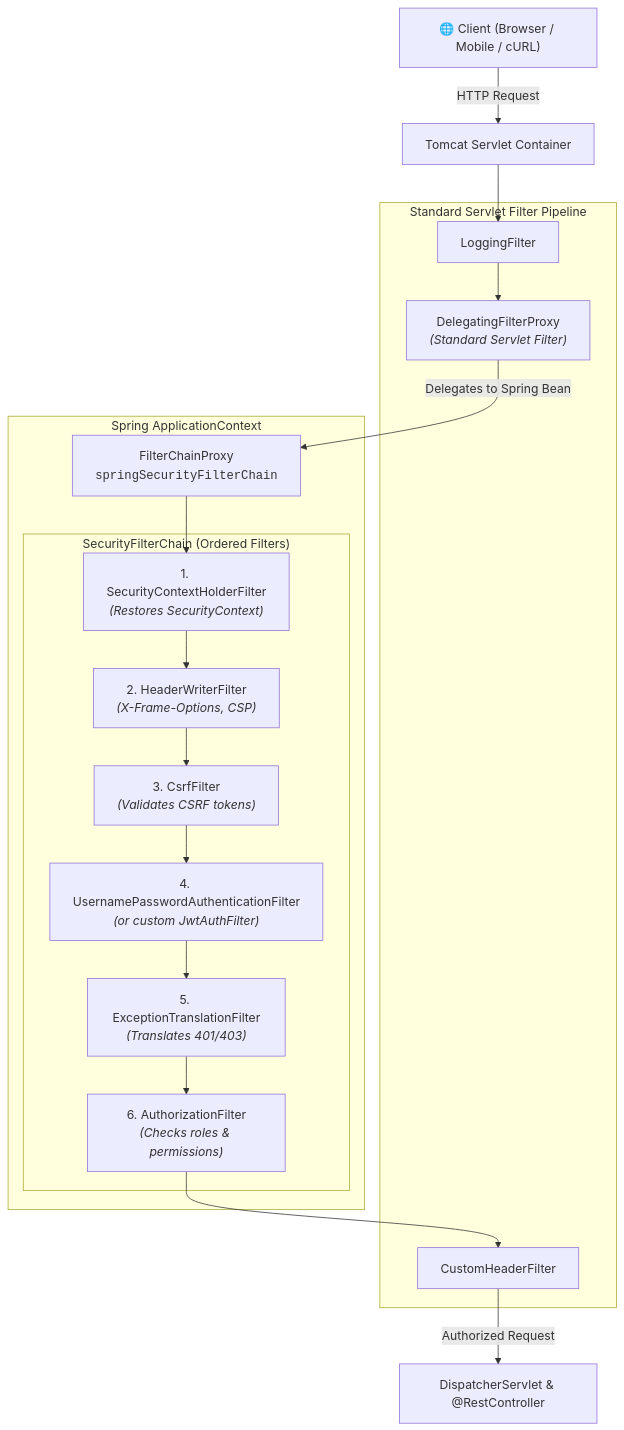
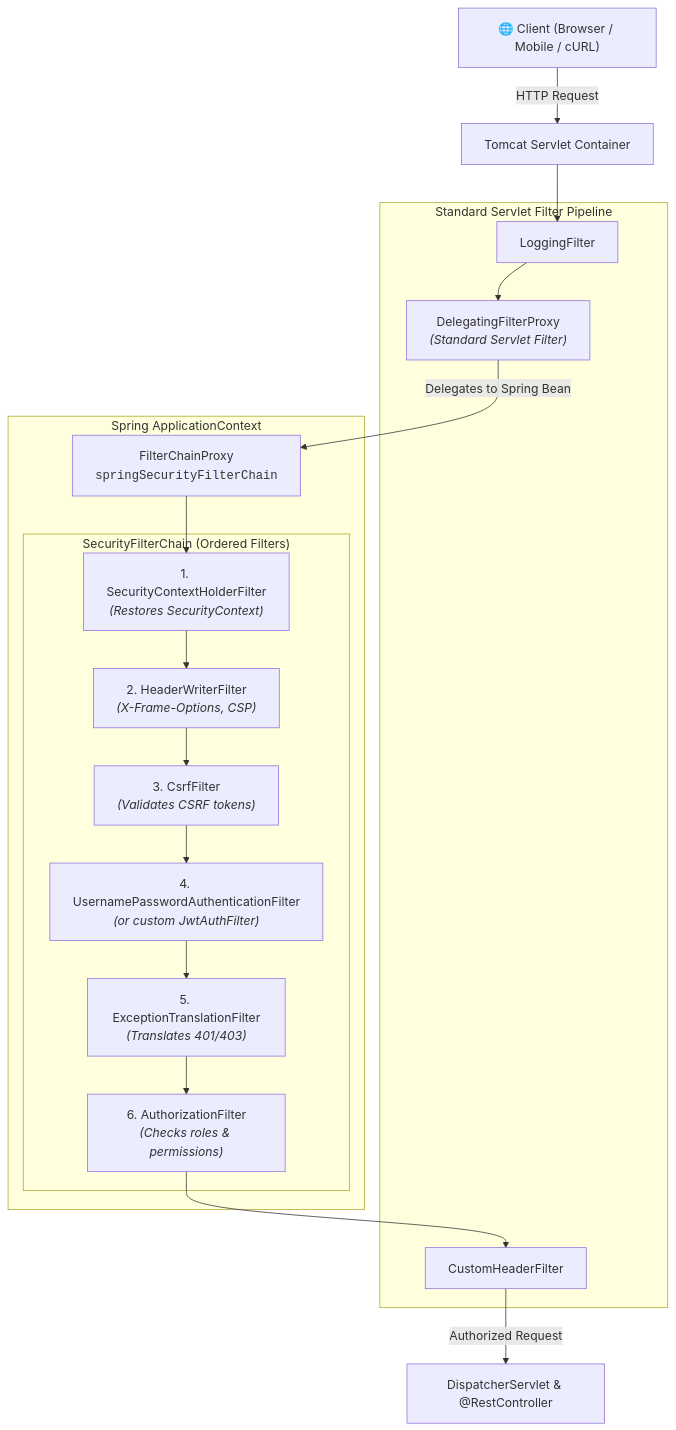
The first of 4 diagrams in docs/lessons/0023-spring-security-6-architecture-filter-chains.md (Rohit1024/spring-boot-mastery), drawn with Mermaid before and after one commit. The commit also changed other lines of this file and 42 other files, not shown here.

````diff
--- a/docs/lessons/0023-spring-security-6-architecture-filter-chains.md
+++ b/docs/lessons/0023-spring-security-6-architecture-filter-chains.md
@@ -17,31 +17,33 @@
 ``` mermaid
 flowchart TD
     Client["🌐 Client (Browser / Mobile / cURL)"] -->|HTTP Request| Tomcat["Tomcat Servlet Container"]
 
     subgraph StandardServletFilters["Standard Servlet Filter Pipeline"]
         F1["LoggingFilter"]
         Proxy["DelegatingFilterProxy<br/><i>(Standard Servlet Filter)</i>"]
         F2["CustomHeaderFilter"]
     end
 
     subgraph SpringContext["Spring ApplicationContext"]
         FCP["FilterChainProxy<br/><code>springSecurityFilterChain</code>"]
         
         subgraph SecurityFilterChain["SecurityFilterChain (Ordered Filters)"]
             SF1["1. SecurityContextHolderFilter<br/><i>(Restores SecurityContext)</i>"]
             SF2["2. HeaderWriterFilter<br/><i>(X-Frame-Options, CSP)</i>"]
             SF3["3. CsrfFilter<br/><i>(Validates CSRF tokens)</i>"]
             SF4["4. UsernamePasswordAuthenticationFilter<br/><i>(or custom JwtAuthFilter)</i>"]
             SF5["5. ExceptionTranslationFilter<br/><i>(Translates 401/403)</i>"]
             SF6["6. AuthorizationFilter<br/><i>(Checks roles & permissions)</i>"]
         end
     end
 
     Tomcat --> F1
     F1 --> Proxy
     Proxy -->|Delegates to Spring Bean| FCP
     FCP --> SF1
     SF1 --> SF2 --> SF3 --> SF4 --> SF5 --> SF6
     SF6 --> F2
     F2 -->|Authorized Request| DS["DispatcherServlet & @RestController"]
+
+    StandardServletFilters ~~~ SpringContext ~~~ SecurityFilterChain
 ```
````
